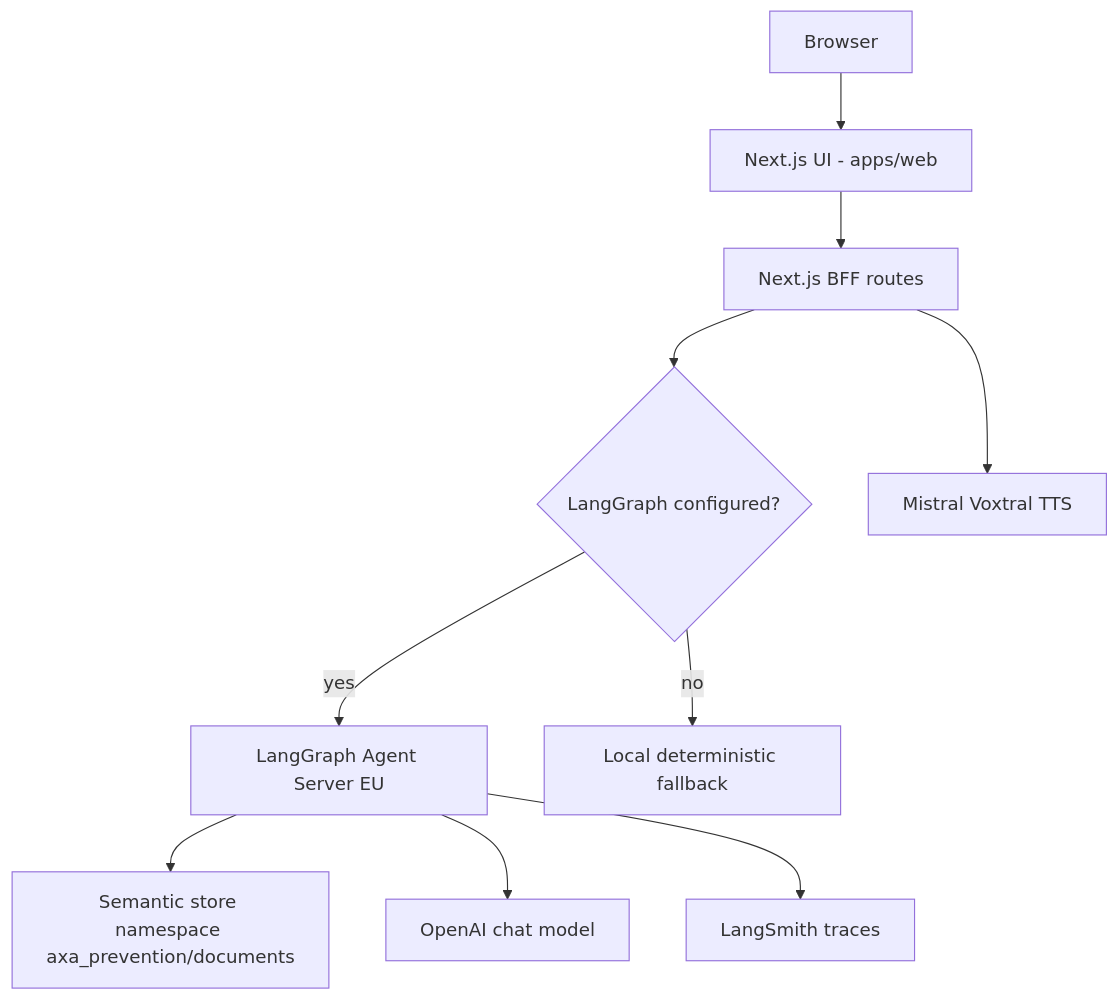
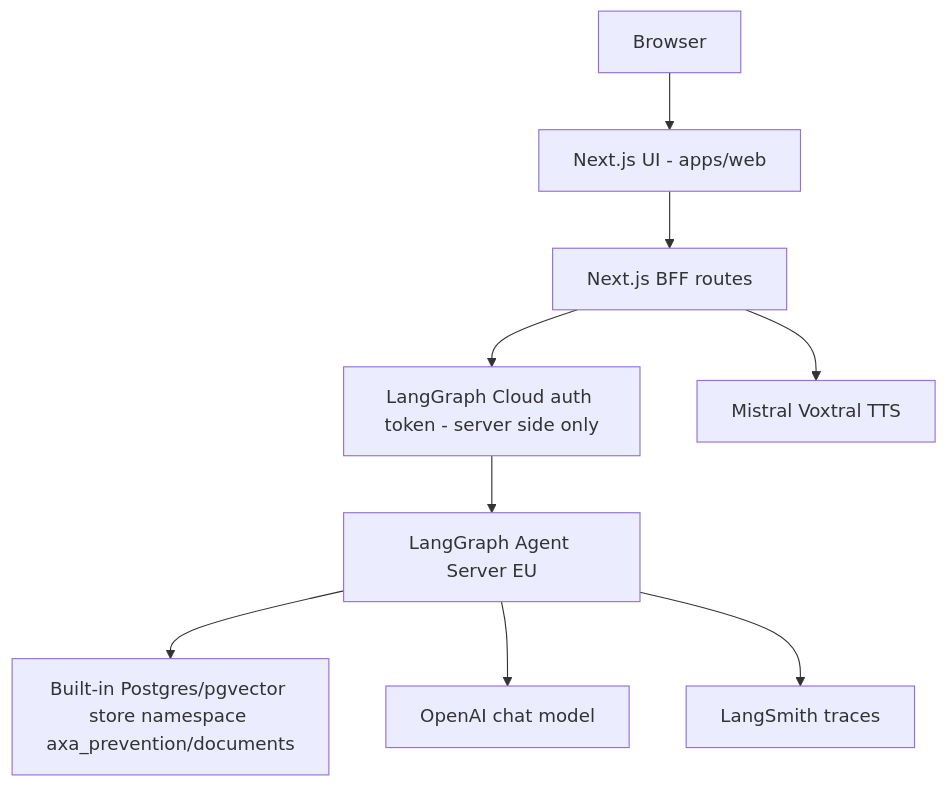
One commit to gfortaine/prevention-coach-rag changed the diagram in docs/architecture.md. Above: the diagram before and after it, drawn with Mermaid. The commit also changed other lines of this file and 7 other files, not shown here.

Commit message:
docs: align MVP architecture and AXA UX

````diff
--- a/docs/architecture.md
+++ b/docs/architecture.md
@@ -5,12 +5,11 @@
 ```mermaid
 flowchart TD
   A[Browser] --> B[Next.js UI - apps/web]
   B --> C[Next.js BFF routes]
-  C --> D{LangGraph configured?}
-  D -->|yes| E[LangGraph Agent Server EU]
-  D -->|no| F[Local deterministic fallback]
-  E --> G[Semantic store namespace axa_prevention/documents]
+  C --> D[LangGraph Cloud auth token - server side only]
+  D --> E[LangGraph Agent Server EU]
+  E --> G[Built-in Postgres/pgvector store namespace axa_prevention/documents]
   E --> H[OpenAI chat model]
   E --> I[LangSmith traces]
   C --> J[Mistral Voxtral TTS]
 ```
````
